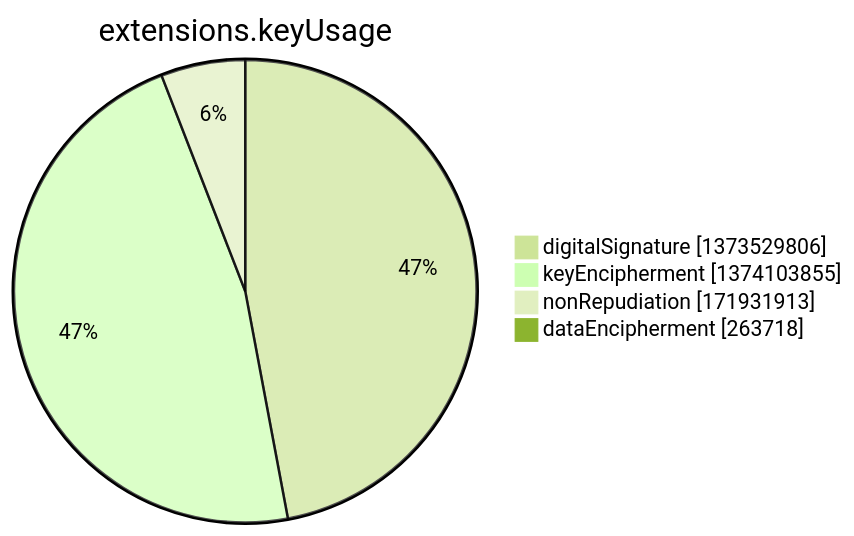
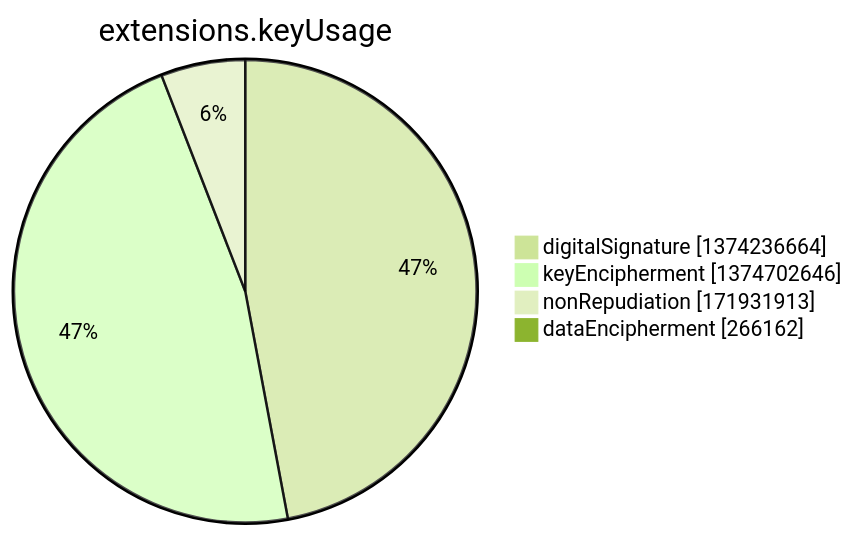
The seventh of 15 diagrams in argon2022/README.md (christiankrug/ctmonitor_visualization), drawn with Mermaid (forest theme) before and after one commit. The commit also changed other lines of this file, not shown here.

````diff
--- a/argon2022/README.md
+++ b/argon2022/README.md
@@ -2751,8 +2751,8 @@
 ```mermaid
 pie showData
 title extensions.keyUsage
-"digitalSignature" :1373529806
-"keyEncipherment" :1374103855
+"digitalSignature" :1374236664
+"keyEncipherment" :1374702646
 "nonRepudiation" :171931913
-"dataEncipherment" :263718
+"dataEncipherment" :266162
 ```
````
